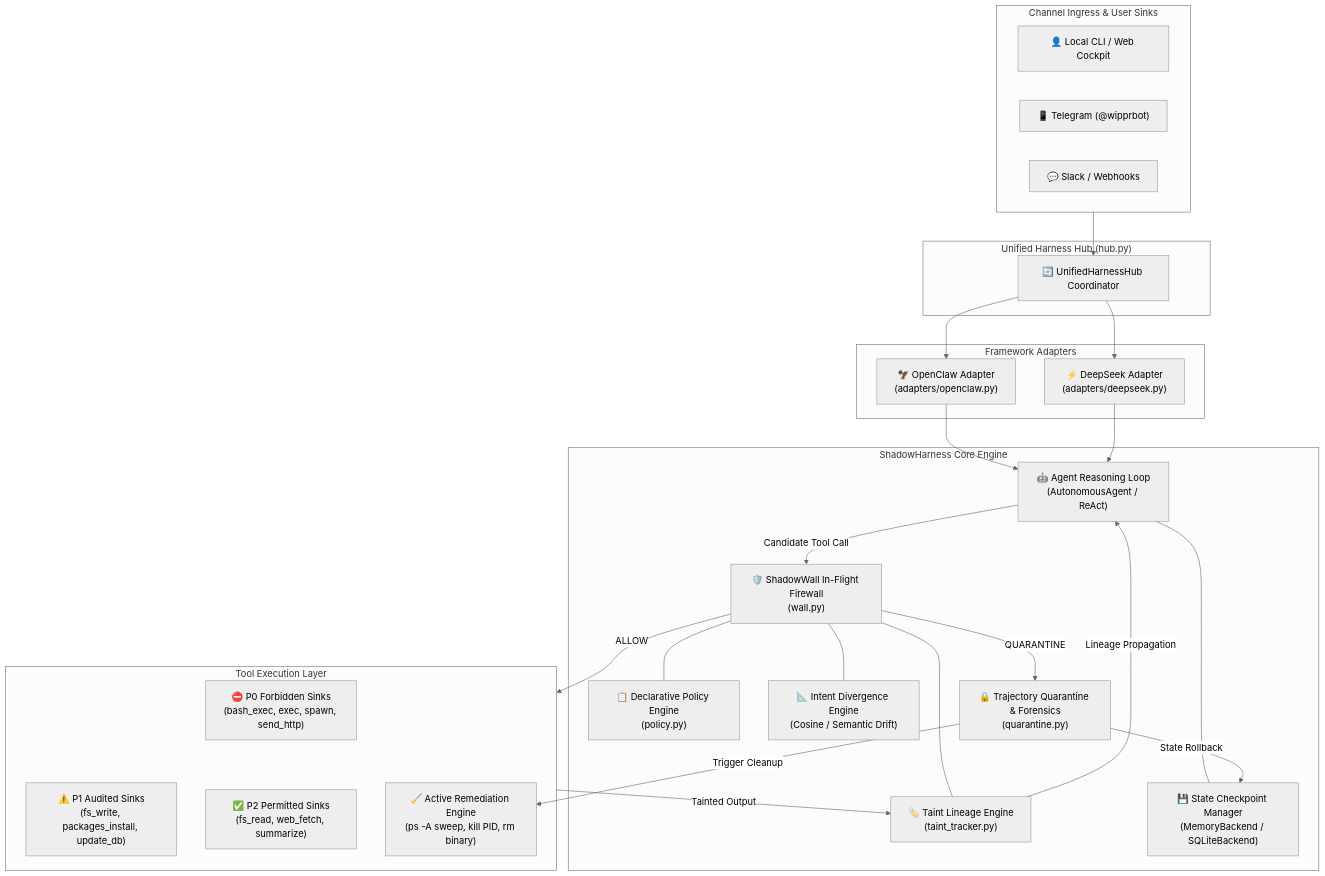
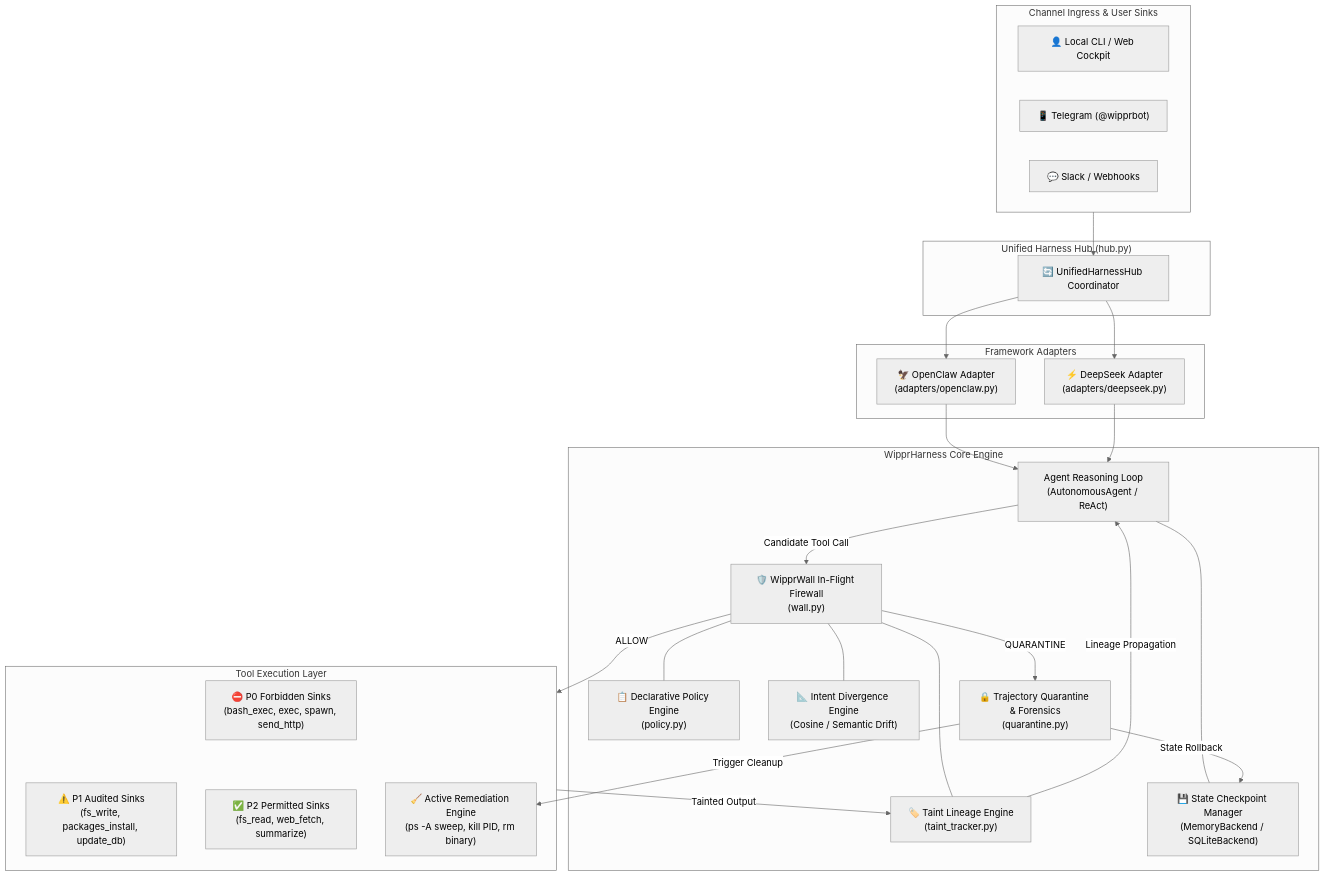
Before and after one commit to Hacker2022-web/hacktober_fest_NST: the first of 4 diagrams in TRD.md, drawn with Mermaid (neutral theme). The commit also changed other lines of this file and 82 other files, not shown here.

````diff
--- a/TRD.md
+++ b/TRD.md
@@ -17,51 +17,51 @@
 ```mermaid
 flowchart TB
     subgraph Ingress["Channel Ingress & User Sinks"]
         U["👤 Local CLI / Web Cockpit"]
         TG["📱 Telegram (@wipprbot)"]
         SL["💬 Slack / Webhooks"]
     end
 
     subgraph Hub["Unified Harness Hub (hub.py)"]
         UHH["🔄 UnifiedHarnessHub Coordinator"]
     end
 
     subgraph Adapters["Framework Adapters"]
         OCA["🦅 OpenClaw Adapter<br/>(adapters/openclaw.py)"]
         DSH["⚡ DeepSeek Adapter<br/>(adapters/deepseek.py)"]
     end
 
-    subgraph CoreEngine["ShadowHarness Core Engine"]
-        A["🤖 Agent Reasoning Loop<br/>(AutonomousAgent / ReAct)"]
-        SW["🛡️ ShadowWall In-Flight Firewall<br/>(wall.py)"]
+    subgraph CoreEngine["WipprHarness Core Engine"]
+        A["Agent Reasoning Loop<br/>(AutonomousAgent / ReAct)"]
+        SW["🛡️ WipprWall In-Flight Firewall<br/>(wall.py)"]
         PE["📋 Declarative Policy Engine<br/>(policy.py)"]
         TE["🏷️ Taint Lineage Engine<br/>(taint_tracker.py)"]
         ID["📐 Intent Divergence Engine<br/>(Cosine / Semantic Drift)"]
         CM["💾 State Checkpoint Manager<br/>(MemoryBackend / SQLiteBackend)"]
         QM["🔒 Trajectory Quarantine & Forensics<br/>(quarantine.py)"]
     end
 
     subgraph ToolRuntime["Tool Execution Layer"]
         P0["⛔ P0 Forbidden Sinks<br/>(bash_exec, exec, spawn, send_http)"]
         P1["⚠️ P1 Audited Sinks<br/>(fs_write, packages_install, update_db)"]
         P2["✅ P2 Permitted Sinks<br/>(fs_read, web_fetch, summarize)"]
         REM["🧹 Active Remediation Engine<br/>(ps -A sweep, kill PID, rm binary)"]
     end
 
     Ingress --> UHH
     UHH --> OCA
     UHH --> DSH
     OCA --> A
     DSH --> A
     A -->|Candidate Tool Call| SW
     SW --- PE
     SW --- TE
     SW --- ID
     A --- CM
     SW -->|ALLOW| ToolRuntime
     SW -->|QUARANTINE| QM
     QM -->|State Rollback| CM
     QM -->|Trigger Cleanup| REM
     ToolRuntime -->|Tainted Output| TE
     TE -->|Lineage Propagation| A
 ```
````
